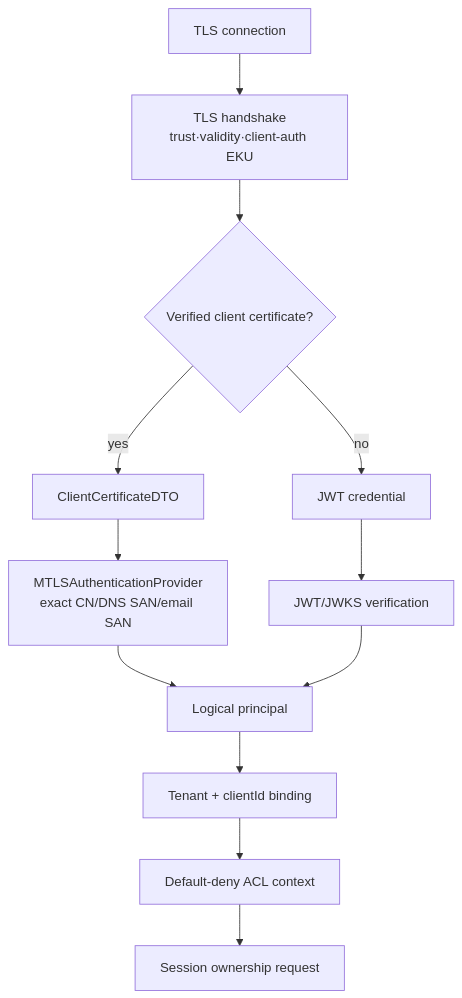
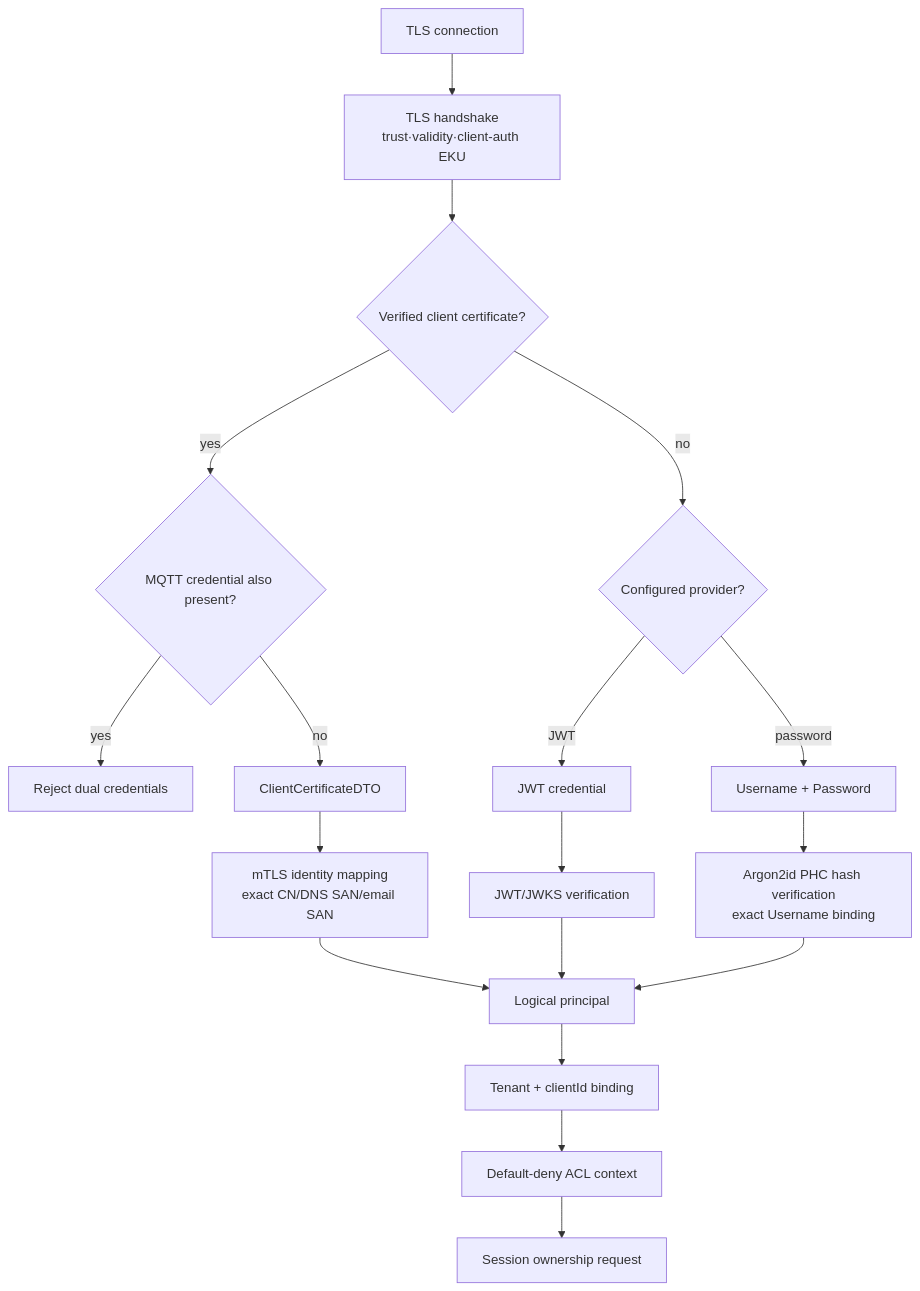
One commit to kayden-kim/narumq changed the diagram in docs/explainers/authentication-tenant-binding-and-acl.md. Above: the diagram before and after it, drawn with Mermaid. The commit also changed other lines of this file and 43 other files, not shown here.

Commit message:
feat(auth): add MQTT password authentication

````diff
--- a/docs/explainers/authentication-tenant-binding-and-acl.md
+++ b/docs/explainers/authentication-tenant-binding-and-acl.md
@@ -46,14 +48,20 @@
 ```mermaid
 flowchart TD
     A["TLS connection"] --> B["TLS handshake\ntrust·validity·client-auth EKU"]
     B --> C{"Verified client certificate?"}
-    C -->|yes| D["ClientCertificateDTO"]
-    D --> E["MTLSAuthenticationProvider\nexact CN/DNS SAN/email SAN"]
-    C -->|no| F["JWT credential"]
-    F --> G["JWT/JWKS verification"]
-    E --> H["Logical principal"]
-    G --> H
-    H --> I["Tenant + clientId binding"]
-    I --> J["Default-deny ACL context"]
-    J --> K["Session ownership request"]
+    C -->|yes| D{"MQTT credential also present?"}
+    D -->|yes| X["Reject dual credentials"]
+    D -->|no| E["ClientCertificateDTO"]
+    E --> F["mTLS identity mapping\nexact CN/DNS SAN/email SAN"]
+    C -->|no| G{"Configured provider?"}
+    G -->|JWT| H["JWT credential"]
+    H --> I["JWT/JWKS verification"]
+    G -->|password| J["Username + Password"]
+    J --> K["Argon2id PHC hash verification\nexact Username binding"]
+    F --> L["Logical principal"]
+    I --> L
+    K --> L
+    L --> M["Tenant + clientId binding"]
+    M --> N["Default-deny ACL context"]
+    N --> O["Session ownership request"]
 ```
````
